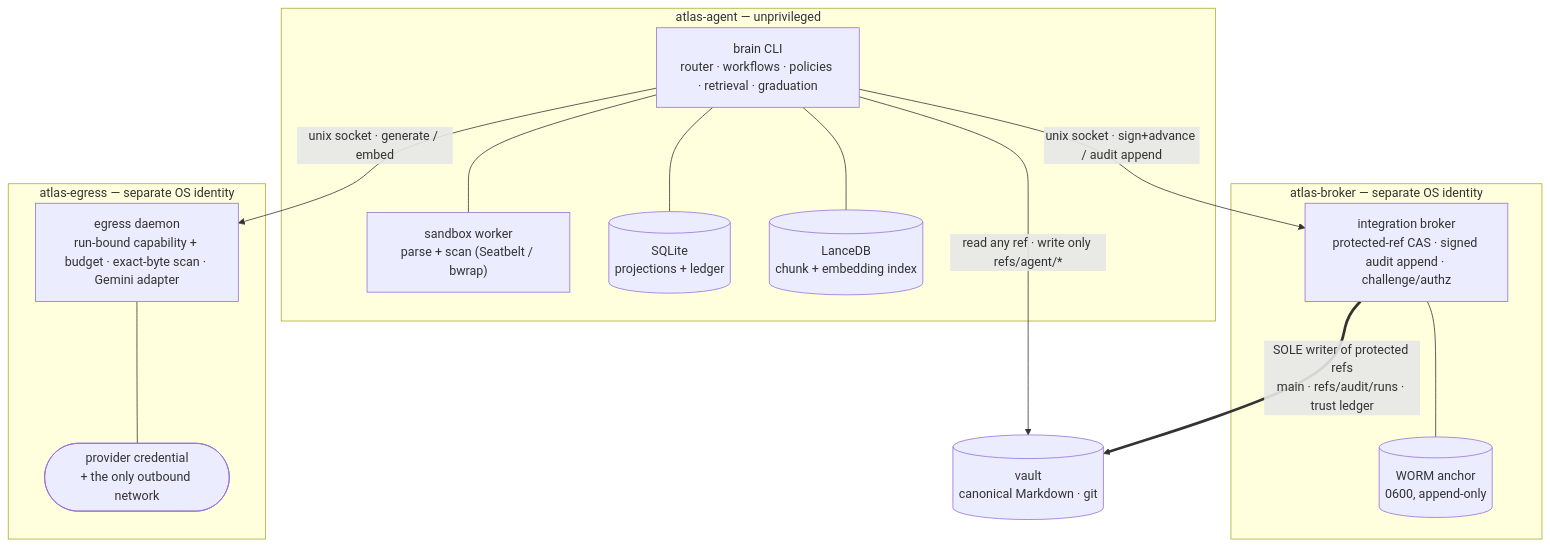
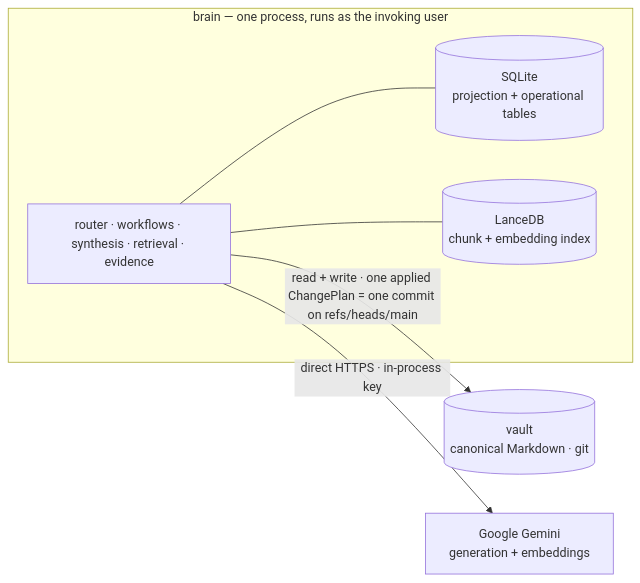
Before and after one commit to 21StarkCom/Atlas: the diagram in README.md, drawn with Mermaid. The commit also changed other lines of this file and 2 other files, not shown here.

````diff
--- a/README.md
+++ b/README.md
@@ -54,31 +55,16 @@
 ```mermaid
-flowchart TB
-  subgraph agent["atlas-agent — unprivileged"]
-    CLI["brain CLI<br/>router · workflows · policies · retrieval · graduation"]
-    SBX["sandbox worker<br/>parse + scan (Seatbelt / bwrap)"]
-    SQL[("SQLite<br/>projections + ledger")]
+flowchart LR
+  subgraph proc["brain — one process, runs as the invoking user"]
+    CLI["router · workflows · synthesis · retrieval · evidence"]
+    SQL[("SQLite<br/>projection + operational tables")]
     LDB[("LanceDB<br/>chunk + embedding index")]
-    CLI --- SBX
     CLI --- SQL
     CLI --- LDB
   end
 
-  subgraph broker["atlas-broker — separate OS identity"]
-    BRK["integration broker<br/>protected-ref CAS · signed audit append · challenge/authz"]
-    WORM[("WORM anchor<br/>0600, append-only")]
-    BRK --- WORM
-  end
+  VAULT[("vault<br/>canonical Markdown · git")]
+  GEM["Google Gemini<br/>generation + embeddings"]
 
-  subgraph egress["atlas-egress — separate OS identity"]
-    EGR["egress daemon<br/>run-bound capability + budget · exact-byte scan · Gemini adapter"]
-    CRED(["provider credential<br/>+ the only outbound network"])
-    EGR --- CRED
-  end
-
-  VAULT[("vault<br/>canonical Markdown · git")]
-
-  CLI -- "read any ref · write only refs/agent/*" --> VAULT
-  BRK == "SOLE writer of protected refs<br/>main · refs/audit/runs · trust ledger" ==> VAULT
-  CLI -- "unix socket · sign+advance / audit append" --> BRK
-  CLI -- "unix socket · generate / embed" --> EGR
+  CLI -- "read + write · one applied ChangePlan = one commit on refs/heads/main" --> VAULT
+  CLI -- "direct HTTPS · in-process key" --> GEM
 ```
````
